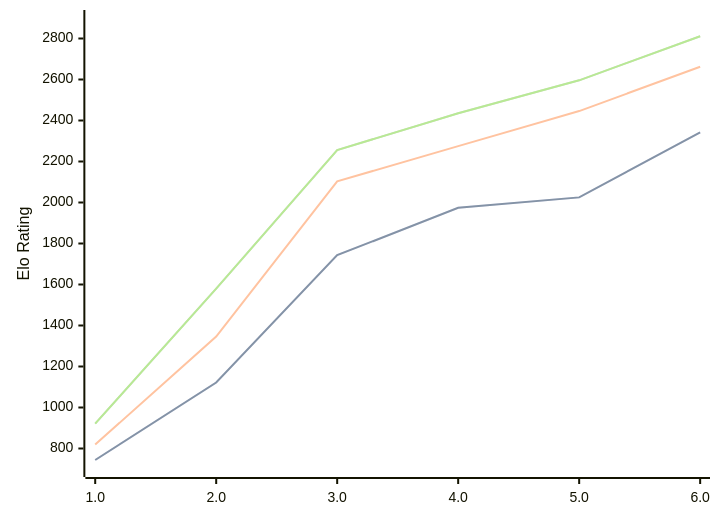
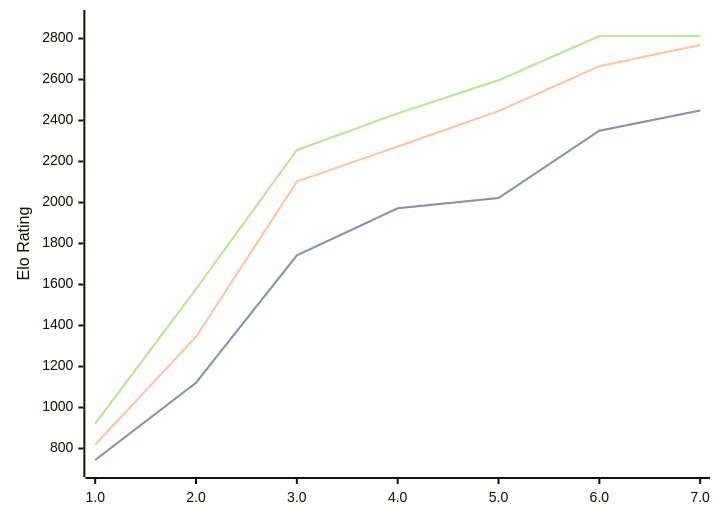
The diagram in engines/Pea.md (computer-chess-index/cci), drawn with Mermaid before and after one commit. The commit also changed other lines of this file, not shown here.

Commit message:
Update CCI Ratings (ELO VLTC) - 2026-04-26

````diff
--- a/engines/Pea.md
+++ b/engines/Pea.md
@@ -37,11 +37,11 @@
 ```mermaid
 %%{init: {"theme":"base","themeVariables":{"seriesColors:['#a3a3a3','#222221','#faa371']}}}%%
 xychart-beta
-  x-axis ["1.0", "2.0", "3.0", "4.0", "5.0", "6.0"]
+  x-axis ["1.0", "2.0", "3.0", "4.0", "5.0", "6.0", "7.0"]
   y-axis "Elo Rating" 700 --> 2900
-  line "STC (8.0+0.08s)" [744, 1122, 1743, 1974, 2025, 2342]
-  line "STC (8.0+0.08s)" [744, 1122, 1743, 1974, 2025, 2342]
-  line "LTC (60.0+0.60s)" [819, 1346, 2103, 2275, 2446, 2662]
-  line "VLTC (2m24s+1.12s)" [921, 1580, 2256, 2435, 2596, 2811]
-  line "VLTC (2m24s+1.12s)" [921, 1580, 2256, 2435, 2596, 2811]
+  line "STC (8.0+0.08s)" [744, 1121, 1742, 1972, 2022, 2350, 2449]
+  line "STC (8.0+0.08s)" [744, 1121, 1742, 1972, 2022, 2350, 2449]
+  line "LTC (60.0+0.60s)" [819, 1345, 2102, 2273, 2446, 2665, 2768]
+  line "VLTC (2m24s+1.12s)" [921, 1578, 2256, 2435, 2596, 2812, 2812]
+  line "VLTC (2m24s+1.12s)" [921, 1578, 2256, 2435, 2596, 2812, 2812]
 ```
````
